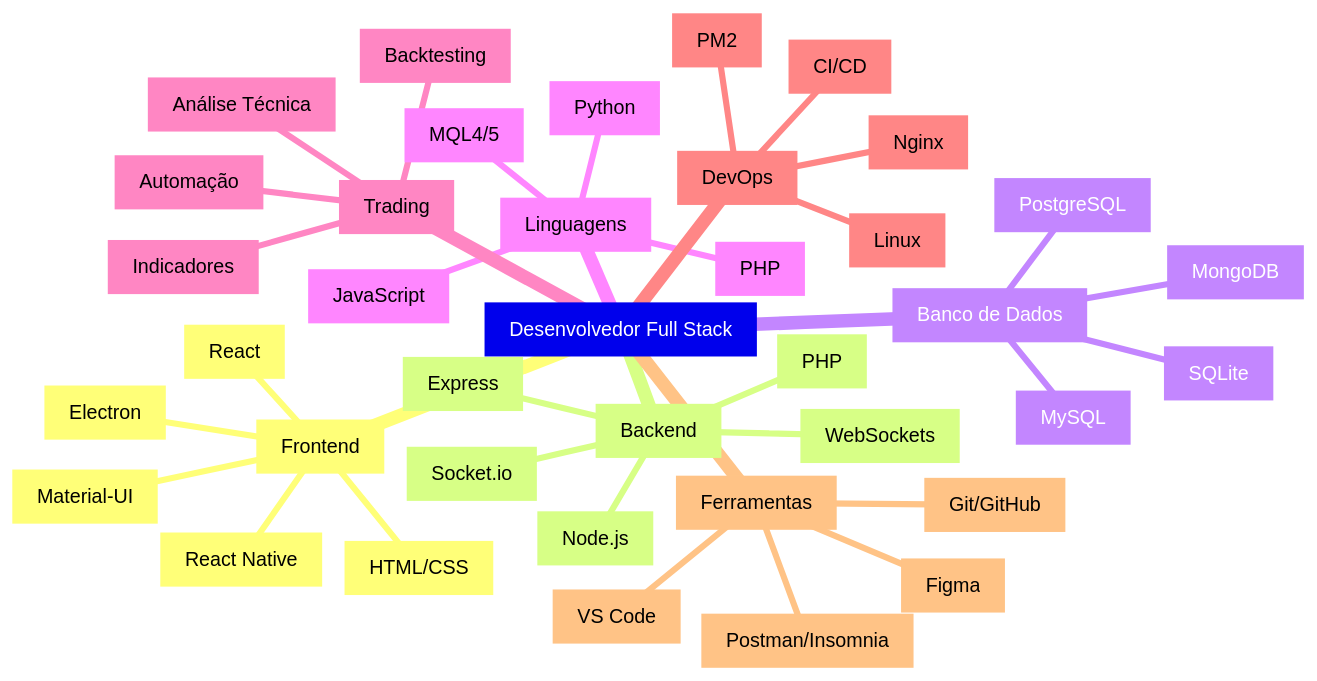
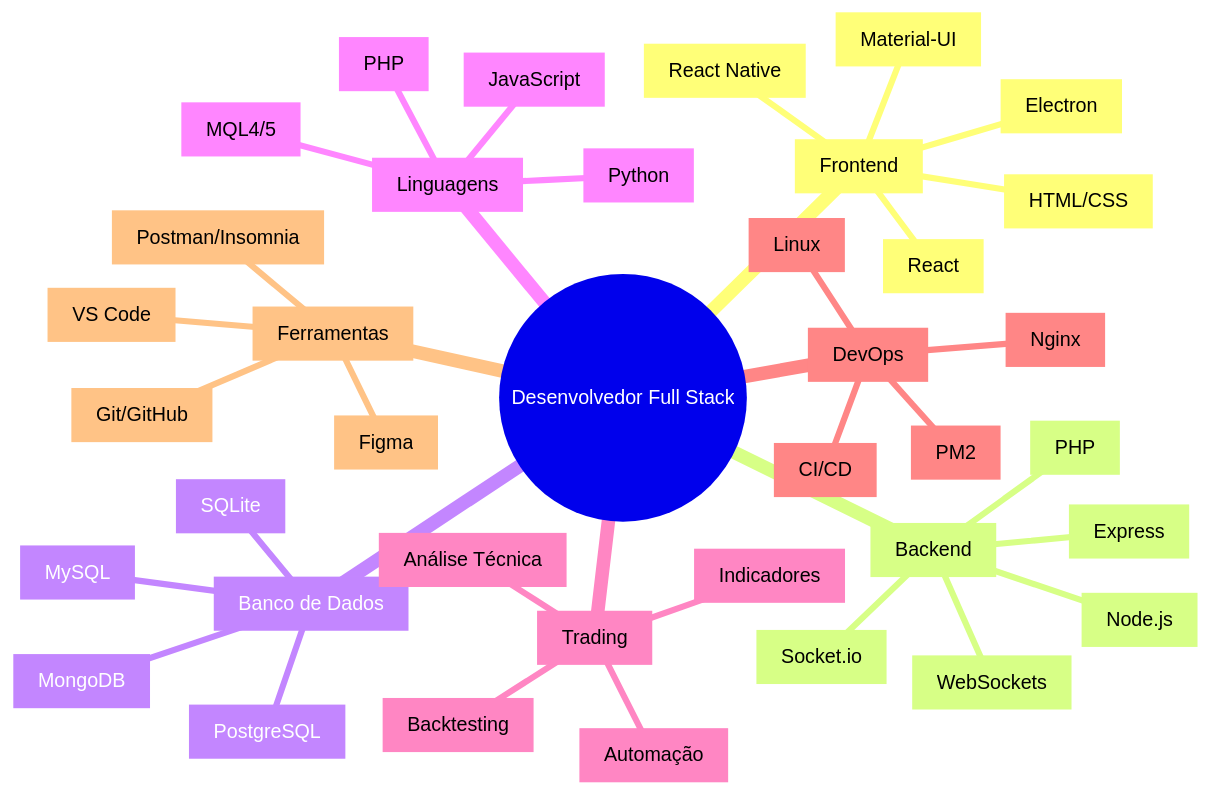
Before and after one commit to AlesonPungirum/AlesonPungirum: the first of 4 diagrams in README.md, drawn with Mermaid.

````diff
--- a/README.md
+++ b/README.md
@@ -38,41 +38,41 @@
 ```mermaid
 mindmap
-    id1[Desenvolvedor Full Stack]
+    id1((Desenvolvedor Full Stack))
       id2[Frontend]
         id3[React]
         id4[React Native]
         id5[HTML/CSS]
         id6[Material-UI]
         id7[Electron]
       id8[Backend]
         id9[Node.js]
         id10[PHP]
         id11[Socket.io]
         id12[Express]
         id13[WebSockets]
       id14[Banco de Dados]
         id15[MySQL]
         id16[MongoDB]
         id17[SQLite]
         id18[PostgreSQL]
       id19[Linguagens]
         id20[JavaScript]
         id21[Python]
         id22[PHP]
         id23[MQL4/5]
       id24[Trading]
         id25[Análise Técnica]
         id26[Indicadores]
         id27[Backtesting]
         id28[Automação]
       id29[DevOps]
         id30[Linux]
         id31[Nginx]
         id32[PM2]
         id33[CI/CD]
       id34[Ferramentas]
         id35[VS Code]
         id36[Git/GitHub]
         id37[Postman/Insomnia]
         id38[Figma]
 ```
````
